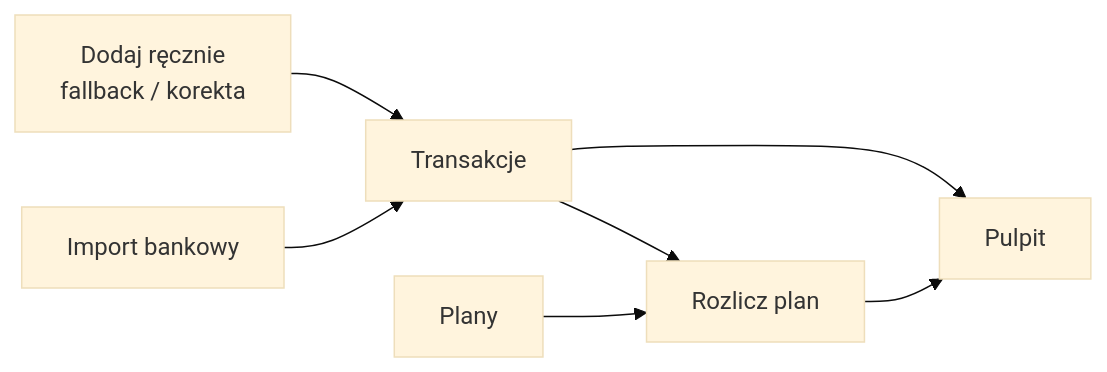
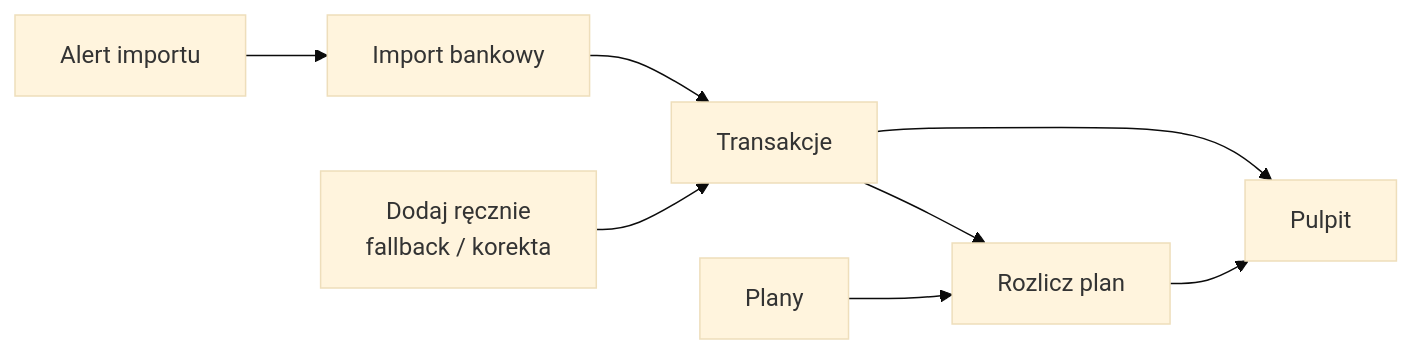
The diagram in README.md (adrianghub/portfelik), drawn with Mermaid (base theme) before and after one commit. The commit also changed other lines of this file and 16 other files, not shown here.

Commit message:
feat(alerts): add bank import reminders (#90)

````diff
--- a/README.md
+++ b/README.md
@@ -11,9 +11,10 @@
 ```mermaid
 flowchart LR
   Import[Import bankowy] --> Transactions[Transakcje]
   Manual[Dodaj ręcznie<br/>fallback / korekta] --> Transactions
+  Alerts[Alert importu] --> Import
   Plans[Plany] --> Settlement[Rozlicz plan]
   Transactions --> Settlement
   Transactions --> Dashboard[Pulpit]
   Settlement --> Dashboard
 ```
````
